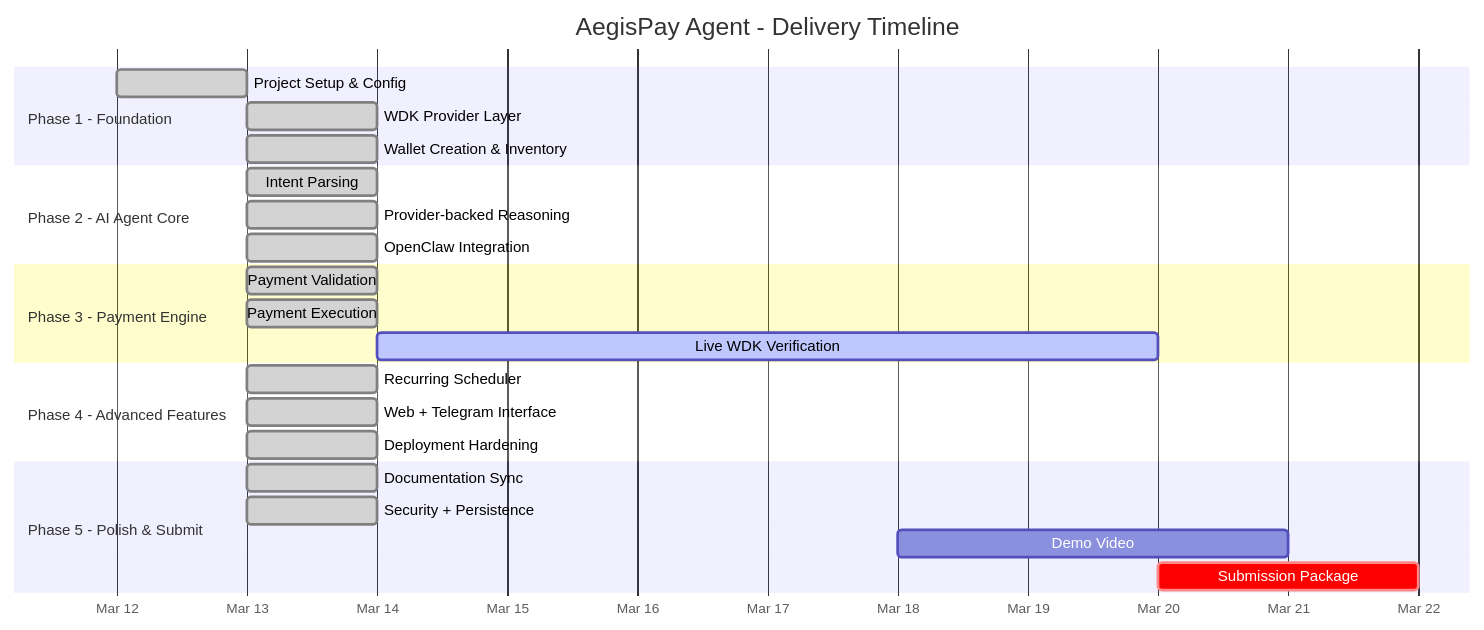
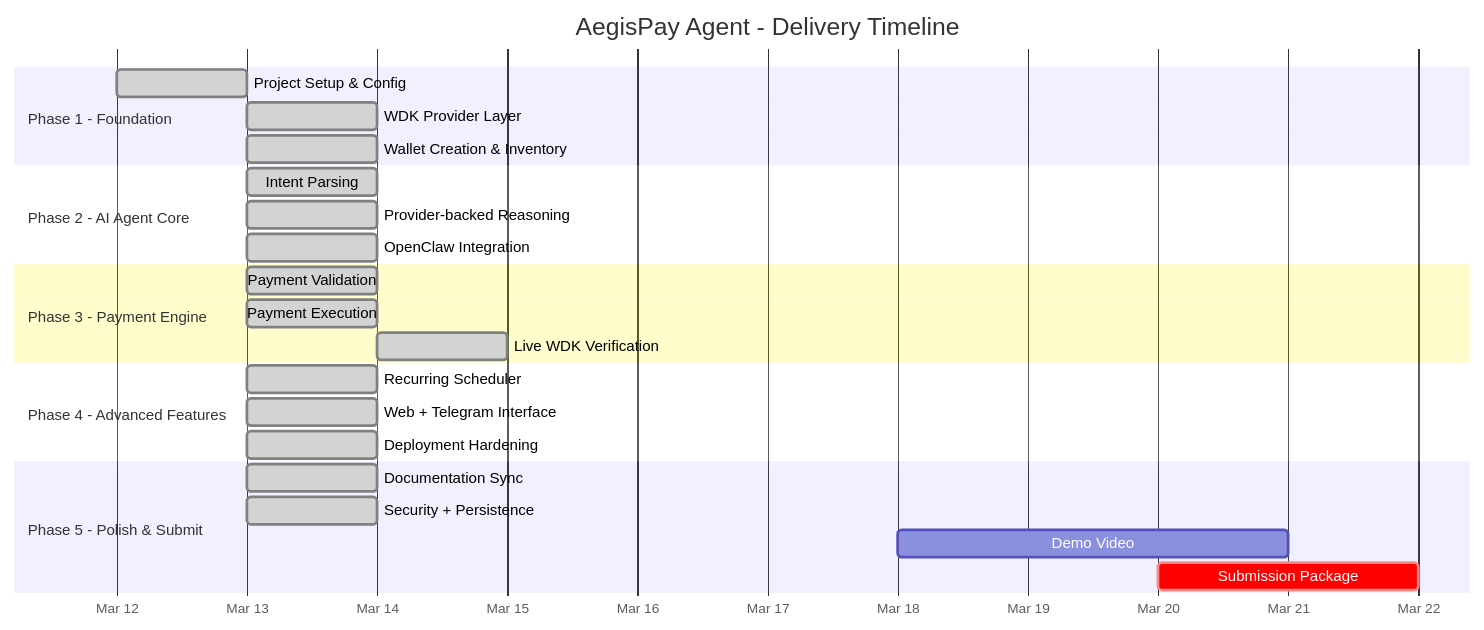
One commit to panzauto46-bot/AegisPay-Agent changed the diagram in ROADMAP.md. Above: the diagram before and after it, drawn with Mermaid. The commit also changed other lines of this file and 6 other files, not shown here.

````diff
--- a/ROADMAP.md
+++ b/ROADMAP.md
@@ -25,32 +25,32 @@
 ```mermaid
 gantt
     title AegisPay Agent - Delivery Timeline
     dateFormat  YYYY-MM-DD
     axisFormat  %b %d
 
     section Phase 1 - Foundation
     Project Setup & Config         :done,   p1a, 2026-03-12, 1d
     WDK Provider Layer             :done,   p1b, 2026-03-13, 1d
     Wallet Creation & Inventory    :done,   p1c, 2026-03-13, 1d
 
     section Phase 2 - AI Agent Core
     Intent Parsing                 :done,   p2a, 2026-03-13, 1d
     Provider-backed Reasoning      :done,   p2b, 2026-03-13, 1d
     OpenClaw Integration           :done,   p2c, 2026-03-13, 1d
 
     section Phase 3 - Payment Engine
     Payment Validation             :done,   p3a, 2026-03-13, 1d
     Payment Execution              :done,   p3b, 2026-03-13, 1d
-    Live WDK Verification          :active, p3c, 2026-03-14, 6d
+    Live WDK Verification          :done,   p3c, 2026-03-14, 1d
 
     section Phase 4 - Advanced Features
     Recurring Scheduler            :done,   p4a, 2026-03-13, 1d
     Web + Telegram Interface       :done,   p4b, 2026-03-13, 1d
     Deployment Hardening           :done,   p4c, 2026-03-13, 1d
 
     section Phase 5 - Polish & Submit
     Documentation Sync             :done,   p5a, 2026-03-13, 1d
     Security + Persistence         :done,   p5b, 2026-03-13, 1d
     Demo Video                     :        p5c, 2026-03-18, 3d
     Submission Package             :crit,   p5d, 2026-03-20, 2d
 ```
````
